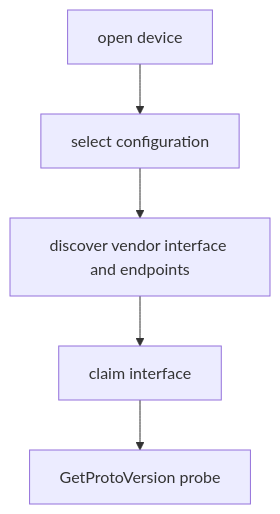
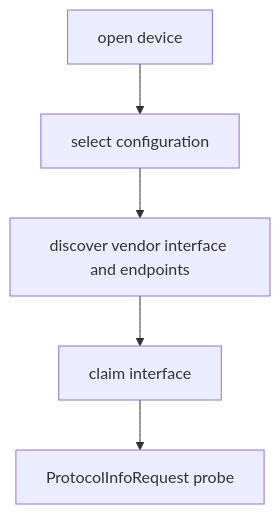
Before and after one commit to OneKeyHQ/hardware-js-sdk: the second of 4 diagrams in docs/protocol-v2.md, drawn with Mermaid. The commit also changed other lines of this file and 63 other files, not shown here.

````diff
--- a/docs/protocol-v2.md
+++ b/docs/protocol-v2.md
@@ -119,10 +118,10 @@
 ```mermaid
 flowchart TD
   Open["open device"]
   Select["select configuration"]
   Discover["discover vendor interface and endpoints"]
   Claim["claim interface"]
-  Probe["GetProtoVersion probe"]
+  Probe["ProtocolInfoRequest probe"]
 
   Open --> Select --> Discover --> Claim --> Probe
 ```
````
